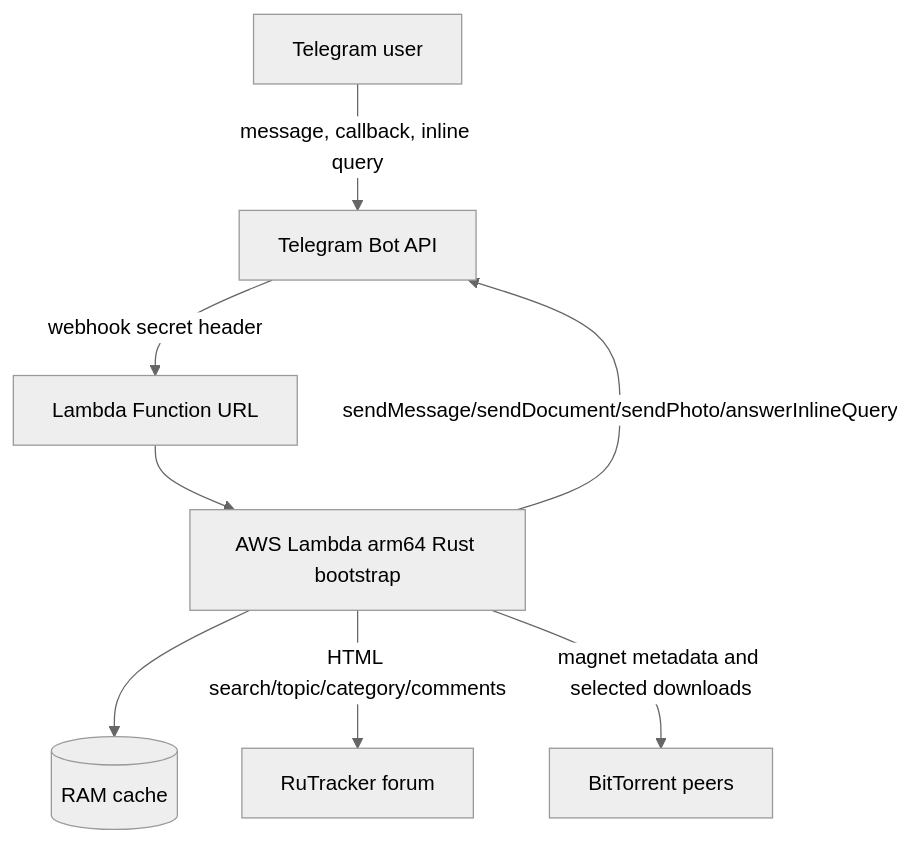
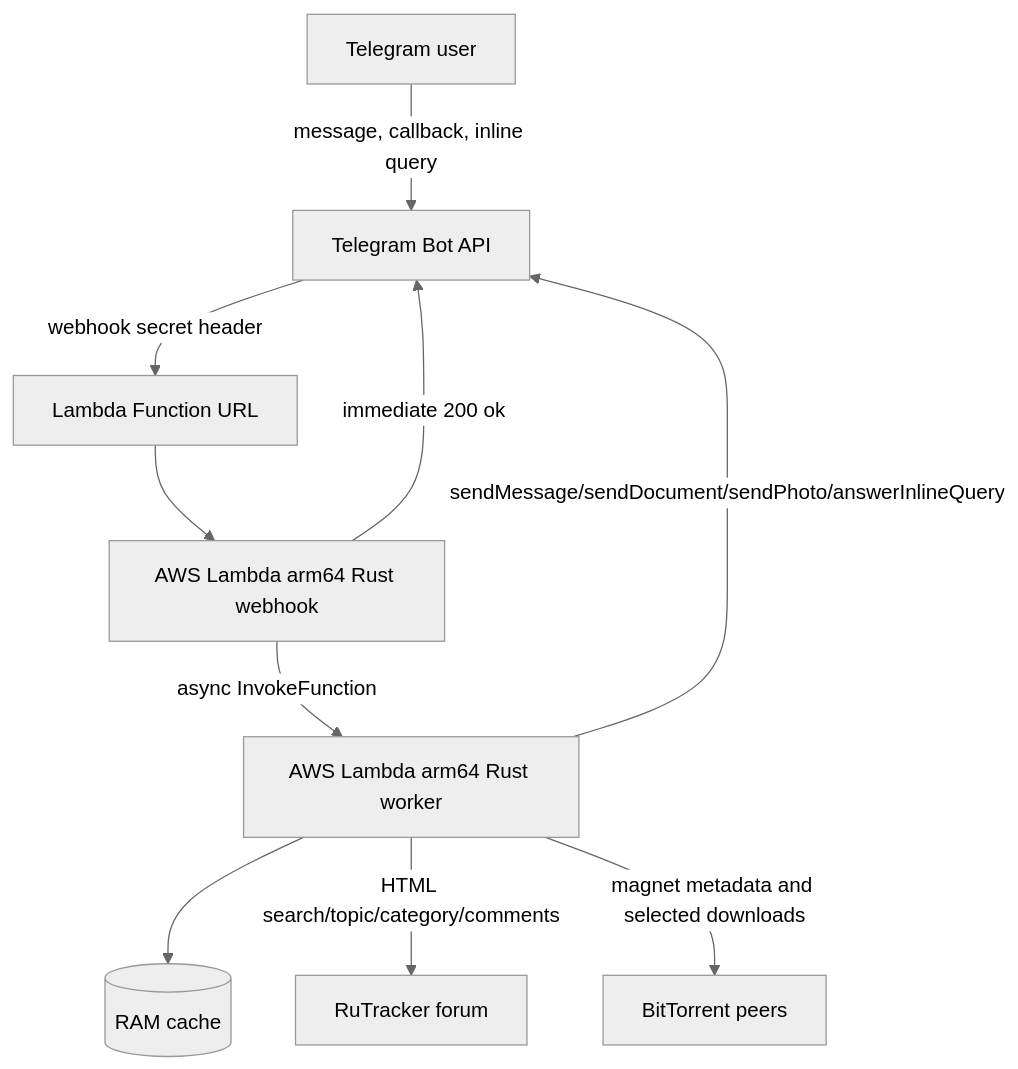
Before and after one commit to vitaly-zdanevich/bot_telegram_rutracker: the diagram in README.md, drawn with Mermaid (neutral theme). The commit also changed other lines of this file and 14 other files, not shown here.

````diff
--- a/README.md
+++ b/README.md
@@ -37,10 +38,12 @@
 ```mermaid
 flowchart TD
     U[Telegram user] -->|message, callback, inline query| TG[Telegram Bot API]
     TG -->|webhook secret header| URL[Lambda Function URL]
-    URL --> L[AWS Lambda arm64 Rust bootstrap]
+    URL --> W[AWS Lambda arm64 Rust webhook]
+    W -->|async InvokeFunction| L[AWS Lambda arm64 Rust worker]
+    W -->|immediate 200 ok| TG
     L --> C[(RAM cache)]
     L -->|HTML search/topic/category/comments| RT[RuTracker forum]
     L -->|magnet metadata and selected downloads| BT[BitTorrent peers]
     L -->|sendMessage/sendDocument/sendPhoto/answerInlineQuery| TG
 ```
````
